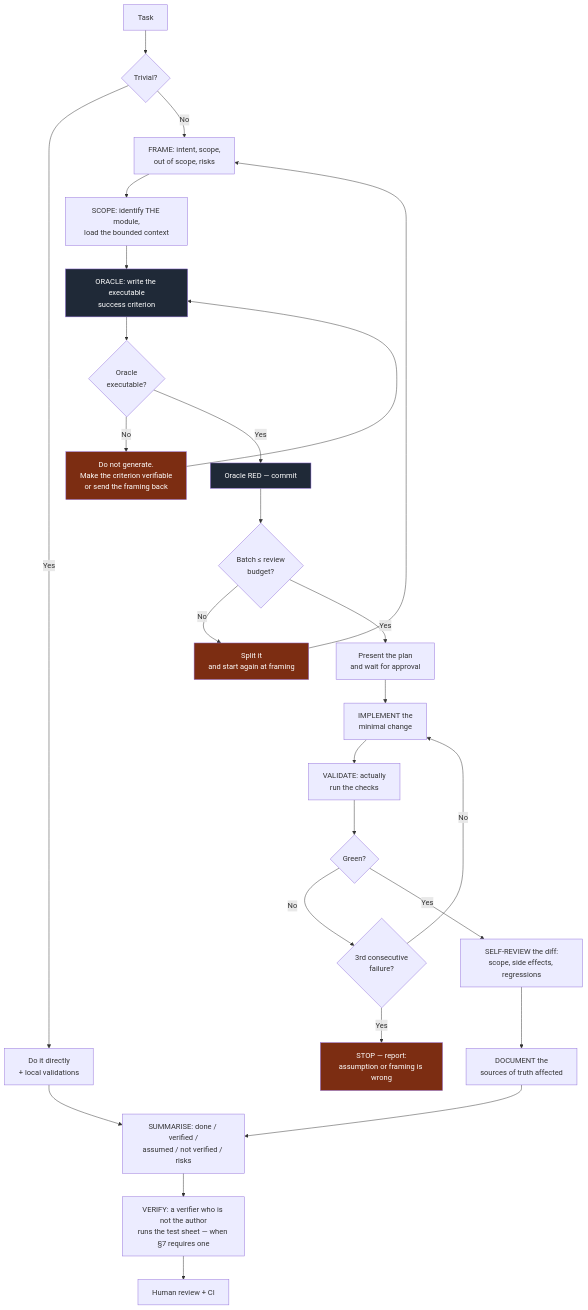
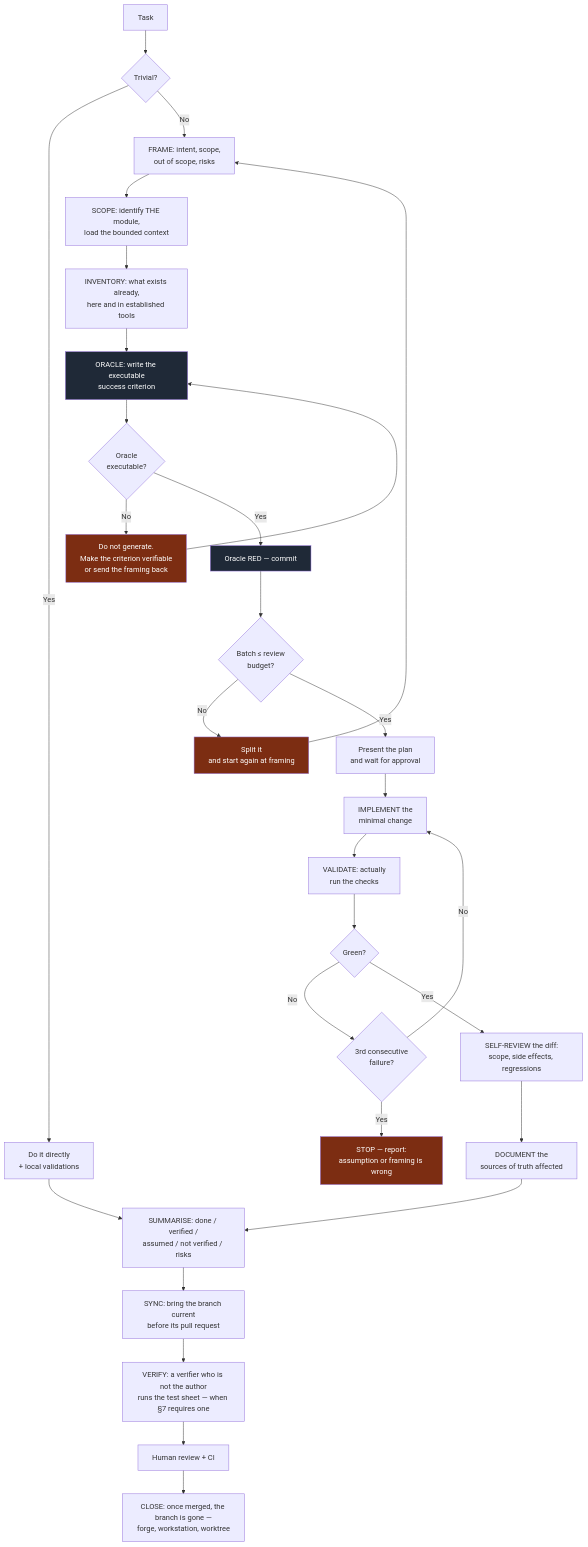
Before and after one commit to NapkinStack/engineering-os: the first of 2 diagrams in skeleton/.nstack/handbook/05-workflow.md, drawn with Mermaid. The commit also changed other lines of this file and 15 other files, not shown here.

````diff
--- a/skeleton/.nstack/handbook/05-workflow.md
+++ b/skeleton/.nstack/handbook/05-workflow.md
@@ -22,35 +22,38 @@
 ```mermaid
 flowchart TD
     A["Task"] --> B{"Trivial?"}
     B -->|Yes| B1["Do it directly<br/>+ local validations"] --> M
 
     B -->|No| C["FRAME: intent, scope,<br/>out of scope, risks"]
     C --> C2["SCOPE: identify THE module,<br/>load the bounded context"]
-    C2 --> D["ORACLE: write the executable<br/>success criterion"]
+    C2 --> C3["INVENTORY: what exists already,<br/>here and in established tools"]
+    C3 --> D["ORACLE: write the executable<br/>success criterion"]
     D --> E{"Oracle<br/>executable?"}
     E -->|No| E1["Do not generate.<br/>Make the criterion verifiable<br/>or send the framing back"] --> D
     E -->|Yes| F["Oracle RED — commit"]
 
     F --> G{"Batch ≤ review<br/>budget?"}
     G -->|No| G1["Split it<br/>and start again at framing"] --> C
     G -->|Yes| P["Present the plan<br/>and wait for approval"]
 
     P --> H["IMPLEMENT the<br/>minimal change"]
     H --> I["VALIDATE: actually<br/>run the checks"]
     I --> J{"Green?"}
     J -->|No| J1{"3rd consecutive<br/>failure?"}
     J1 -->|No| H
     J1 -->|Yes| J2["STOP — report:<br/>assumption or framing is wrong"]
     J -->|Yes| K["SELF-REVIEW the diff:<br/>scope, side effects, regressions"]
 
     K --> L["DOCUMENT the<br/>sources of truth affected"]
     L --> M["SUMMARISE: done / verified /<br/>assumed / not verified / risks"]
-    M --> V["VERIFY: a verifier who is not the author<br/>runs the test sheet — when §7 requires one"]
+    M --> S["SYNC: bring the branch current<br/>before its pull request"]
+    S --> V["VERIFY: a verifier who is not the author<br/>runs the test sheet — when §7 requires one"]
     V --> N["Human review + CI"]
+    N --> Z["CLOSE: once merged, the branch is gone —<br/>forge, workstation, worktree"]
 
     style D fill:#1f2937,color:#fff
     style F fill:#1f2937,color:#fff
     style J2 fill:#7c2d12,color:#fff
     style G1 fill:#7c2d12,color:#fff
     style E1 fill:#7c2d12,color:#fff
 ```
````
